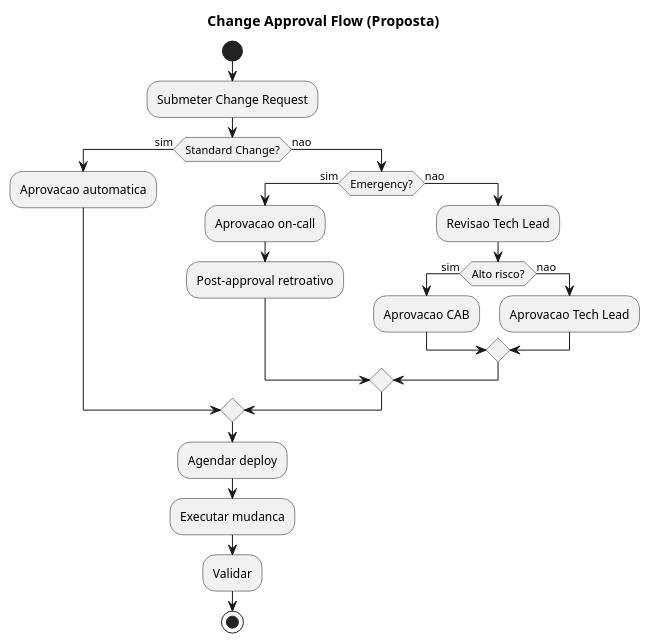
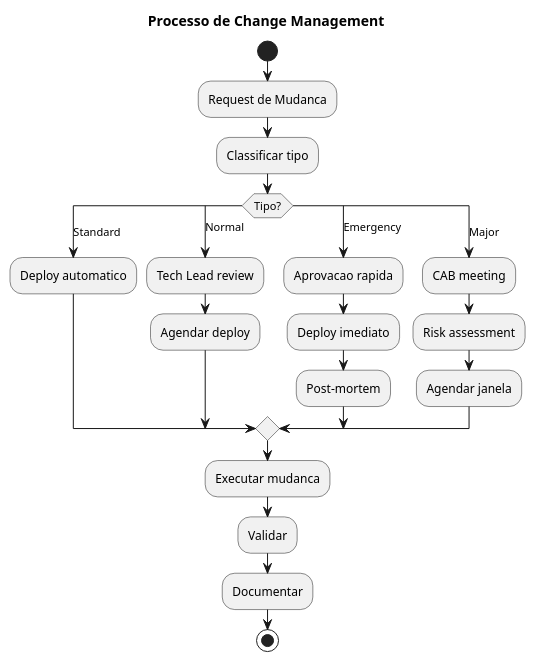
Before and after one commit to beduardo/novobanco_website_doc: the fifth of 6 diagrams in current/sections/SEC-15-governacao-roadmap.md, drawn with PlantUML. The commit also changed other lines of this file and 17 other files, not shown here.

````diff
--- a/current/sections/SEC-15-governacao-roadmap.md
+++ b/current/sections/SEC-15-governacao-roadmap.md
@@ -319,34 +299,33 @@
 ```plantuml
 @startuml
 skinparam backgroundColor white
 
-title Change Approval Flow (Proposta)
+title Processo de Change Management
 
 start
+:Request de Mudanca;
+:Classificar tipo;
 
-:Submeter Change Request;
+switch (Tipo?)
+case (Standard)
+    :Deploy automatico;
+case (Normal)
+    :Tech Lead review;
+    :Agendar deploy;
+case (Emergency)
+    :Aprovacao rapida;
+    :Deploy imediato;
+    :Post-mortem;
+case (Major)
+    :CAB meeting;
+    :Risk assessment;
+    :Agendar janela;
+endswitch
 
-if (Standard Change?) then (sim)
-  :Aprovacao automatica;
-else (nao)
-  if (Emergency?) then (sim)
-    :Aprovacao on-call;
-    :Post-approval retroativo;
-  else (nao)
-    :Revisao Tech Lead;
-    if (Alto risco?) then (sim)
-      :Aprovacao CAB;
-    else (nao)
-      :Aprovacao Tech Lead;
-    endif
-  endif
-endif
-
-:Agendar deploy;
 :Executar mudanca;
 :Validar;
-
+:Documentar;
 stop
 
 @enduml
 ```
````
